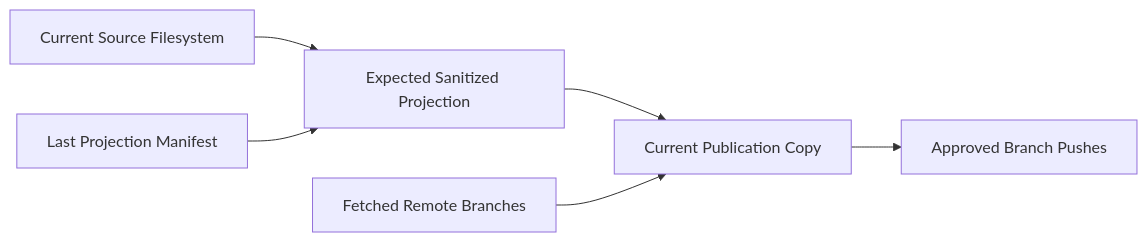
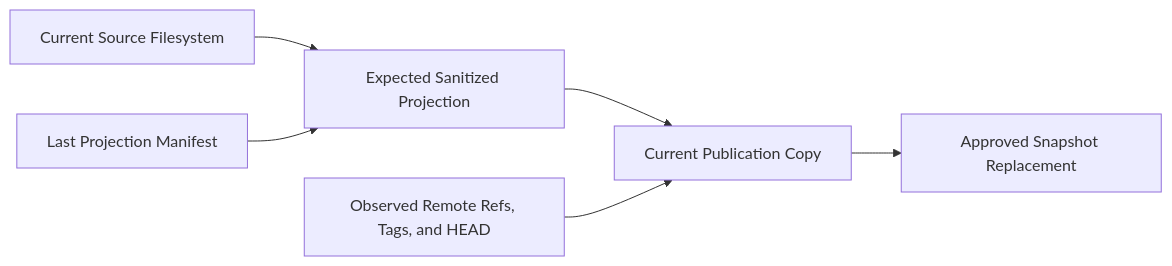
One commit to CodeGandee/isomer-labs changed the diagram in docs/manual/topic-workspace-git.md. Above: the diagram before and after it, drawn with Mermaid. The commit also changed other lines of this file and 44 other files, not shown here.

````diff
--- a/docs/manual/topic-workspace-git.md
+++ b/docs/manual/topic-workspace-git.md
@@ -110,8 +116,8 @@
 ```mermaid
 flowchart LR
     S[Current Source Filesystem] --> E[Expected Sanitized Projection]
     L[Last Projection Manifest] --> E
     E --> C[Current Publication Copy]
-    R[Fetched Remote Branches] --> C
-    C --> P[Approved Branch Pushes]
+    R[Observed Remote Refs, Tags, and HEAD] --> C
+    C --> P[Approved Snapshot Replacement]
 ```
````
